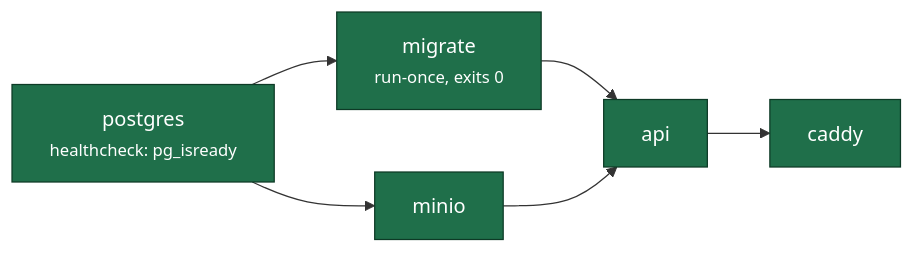
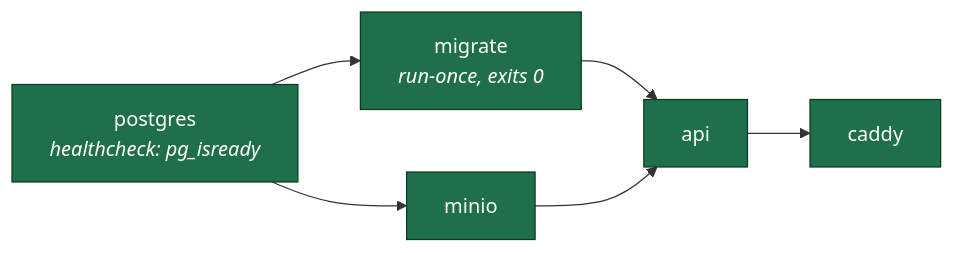
Before and after one commit to VoltLightning/waltning: the first of 3 diagrams in docs/specification/architecture/05-deployment.md, drawn with Mermaid. The commit also changed other lines of this file and 15 other files, not shown here.

````diff
--- a/docs/specification/architecture/05-deployment.md
+++ b/docs/specification/architecture/05-deployment.md
@@ -31,11 +31,11 @@
 ```mermaid
 graph LR
-    A["postgres<br/><small>healthcheck: pg_isready</small>"] --> B["migrate<br/><small>run-once, exits 0</small>"]
+    A["postgres<br/><i>healthcheck: pg_isready</i>"] --> B["migrate<br/><i>run-once, exits 0</i>"]
     B --> C["api"]
     A --> D["minio"]
     D --> C
     C --> E["caddy"]
 
     classDef s fill:#1f6f4a,stroke:#0d3a26,color:#fff
     class A,B,C,D,E s
 ```
````
